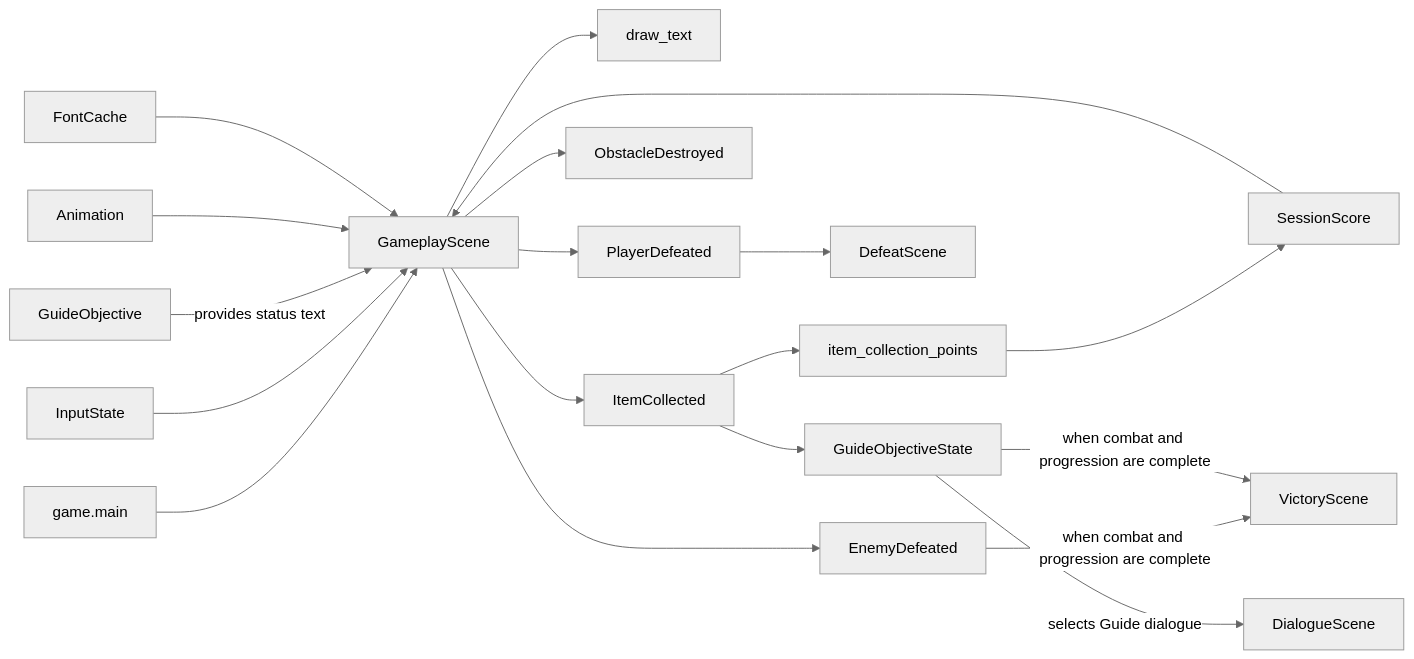
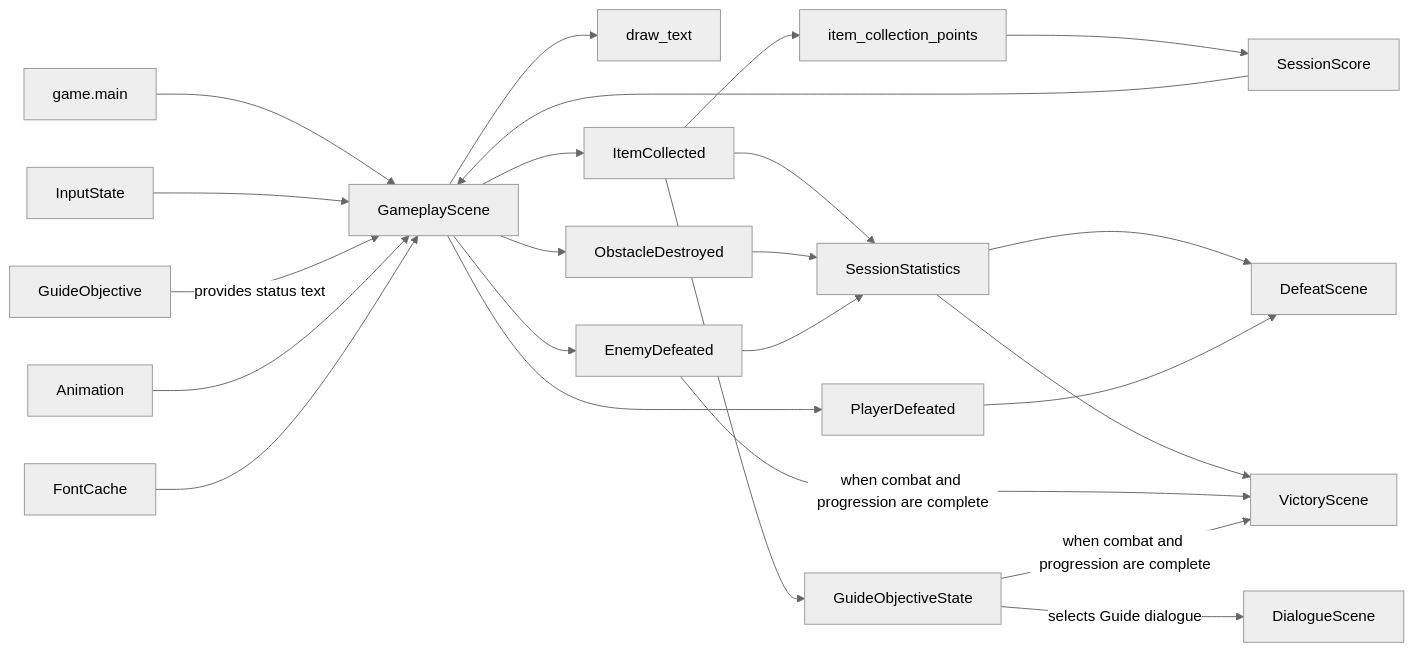
The third of 3 diagrams in docs/architecture/overview.md (VincentMardon/my_first_adventure_game), drawn with Mermaid (neutral theme) before and after one commit. The commit also changed other lines of this file and 19 other files, not shown here.

Commit message:
feat(statistics): add session activity summary

````diff
--- a/docs/architecture/overview.md
+++ b/docs/architecture/overview.md
@@ -294,24 +305,29 @@
 ```mermaid
 flowchart LR
     GameMain["game.main"] --> GameplayScene["GameplayScene"]
 
     InputState["InputState"] --> GameplayScene
     SessionScore["SessionScore"] --> GameplayScene
+    SessionStatistics["SessionStatistics"] --> DefeatScene["DefeatScene"]
+    SessionStatistics --> VictoryScene["VictoryScene"]
     GuideObjective["GuideObjective"] -->|"provides status text"| GameplayScene
     Animation["Animation"] --> GameplayScene
     FontCache["FontCache"] --> GameplayScene
     GameplayScene --> DrawText["draw_text"]
 
     GameplayScene --> ItemCollected["ItemCollected"]
     GameplayScene --> ObstacleDestroyed["ObstacleDestroyed"]
     GameplayScene --> EnemyDefeated["EnemyDefeated"]
     GameplayScene --> PlayerDefeated["PlayerDefeated"]
     PlayerDefeated --> DefeatScene["DefeatScene"]
     EnemyDefeated -->|"when combat and progression are complete"| VictoryScene["VictoryScene"]
     GuideObjectiveState -->|"when combat and progression are complete"| VictoryScene
 
     ItemCollected --> ItemCollectionPoints["item_collection_points"]
     ItemCollectionPoints --> SessionScore
+    ItemCollected --> SessionStatistics
+    ObstacleDestroyed --> SessionStatistics
+    EnemyDefeated --> SessionStatistics
     ItemCollected --> GuideObjectiveState["GuideObjectiveState"]
     GuideObjectiveState -->|"selects Guide dialogue"| DialogueScene["DialogueScene"]
 ```
````
